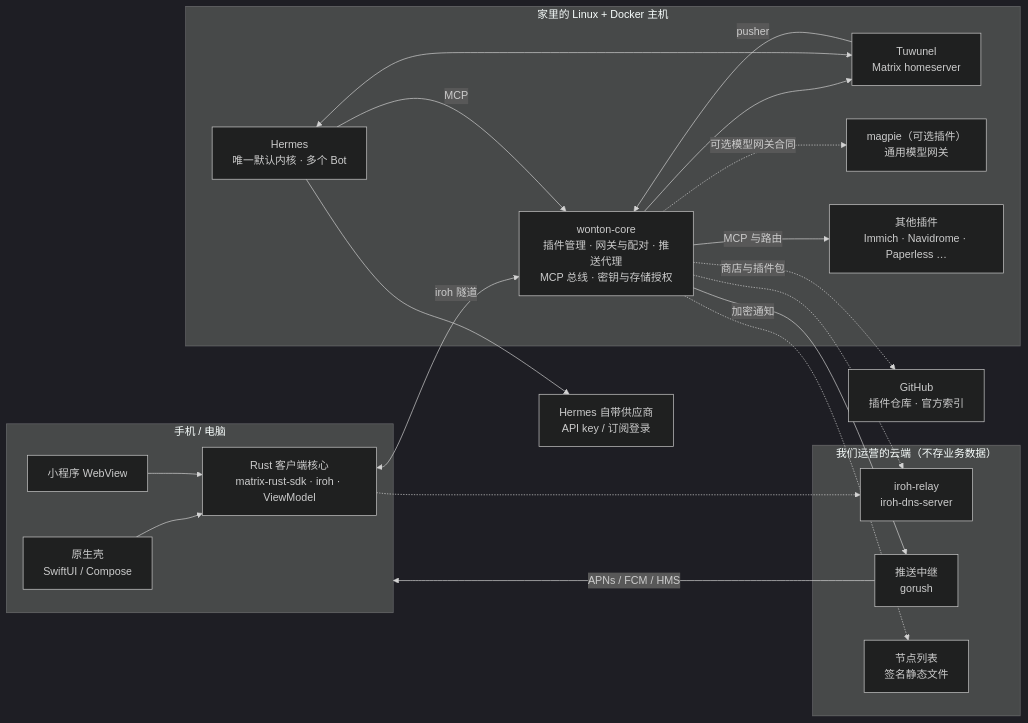
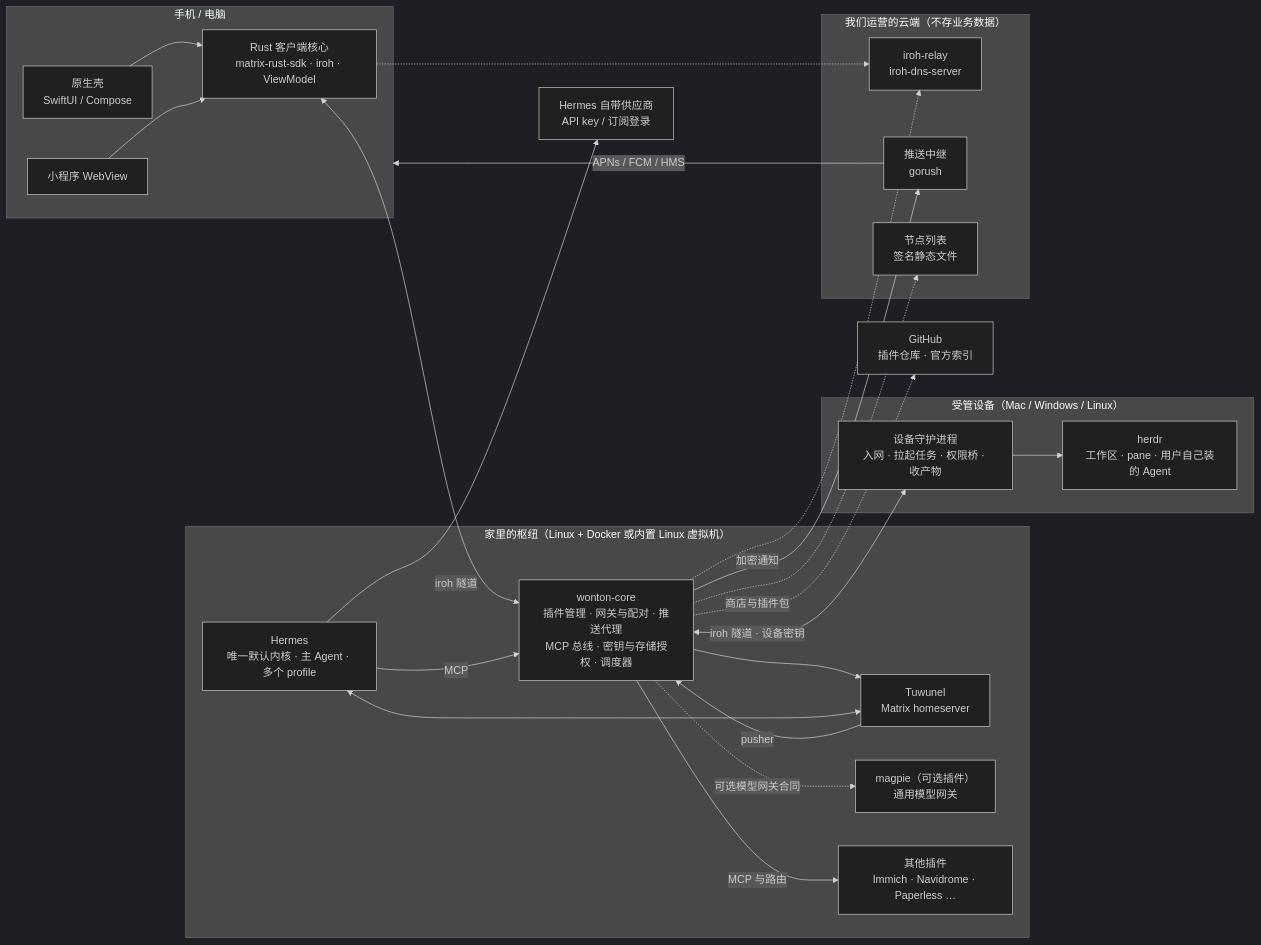
The diagram in docs/ARCHITECTURE.md (wontonapp/wonton), drawn with Mermaid (dark theme) before and after one commit. The commit also changed other lines of this file and 5 other files, not shown here.

Commit message:
docs(adr): 主 Agent、多 profile 与枢纽受管设备

````diff
--- a/docs/ARCHITECTURE.md
+++ b/docs/ARCHITECTURE.md
@@ -13,42 +13,49 @@
 ```mermaid
 flowchart LR
   subgraph Client["手机 / 电脑"]
     Shell["原生壳\nSwiftUI / Compose"]
     ClientCore["Rust 客户端核心\nmatrix-rust-sdk · iroh · ViewModel"]
     WebView["小程序 WebView"]
     Shell --> ClientCore
     WebView --> ClientCore
   end
 
-  subgraph Home["家里的 Linux + Docker 主机"]
-    Core["wonton-core\n插件管理 · 网关与配对 · 推送代理\nMCP 总线 · 密钥与存储授权"]
+  subgraph Home["家里的枢纽（Linux + Docker 或内置 Linux 虚拟机）"]
+    Core["wonton-core\n插件管理 · 网关与配对 · 推送代理\nMCP 总线 · 密钥与存储授权 · 调度器"]
     Tuwunel["Tuwunel\nMatrix homeserver"]
-    Agent["Hermes\n唯一默认内核 · 多个 Bot"]
+    Agent["Hermes\n唯一默认内核 · 主 Agent · 多个 profile"]
     Magpie["magpie（可选插件）\n通用模型网关"]
     Plugins["其他插件\nImmich · Navidrome · Paperless …"]
+  end
+
+  subgraph Devices["受管设备（Mac / Windows / Linux）"]
+    DeviceAgent["设备守护进程\n入网 · 拉起任务 · 权限桥 · 收产物"]
+    Herdr["herdr\n工作区 · pane · 用户自己装的 Agent"]
+    DeviceAgent --> Herdr
   end
 
   subgraph Cloud["我们运营的云端（不存业务数据）"]
     Relay["iroh-relay\niroh-dns-server"]
     PushRelay["推送中继\ngorush"]
     Catalog["节点列表\n签名静态文件"]
   end
 
   GitHub["GitHub\n插件仓库 · 官方索引"]
   Providers["Hermes 自带供应商\nAPI key / 订阅登录"]
 
   ClientCore <-->|"iroh 隧道"| Core
+  Core <-->|"iroh 隧道 · 设备密钥"| DeviceAgent
   Core --> Tuwunel
   Agent <--> Tuwunel
   Agent --> Providers
   Agent -->|"MCP"| Core
   Core -->|"MCP 与路由"| Plugins
   Core -.->|"可选模型网关合同"| Magpie
   Tuwunel -->|"pusher"| Core
   Core -->|"加密通知"| PushRelay
   PushRelay -->|"APNs / FCM / HMS"| Client
   Core -.-> Relay
   ClientCore -.-> Relay
   Core -.-> Catalog
   Core -.->|"商店与插件包"| GitHub
 ```
````
